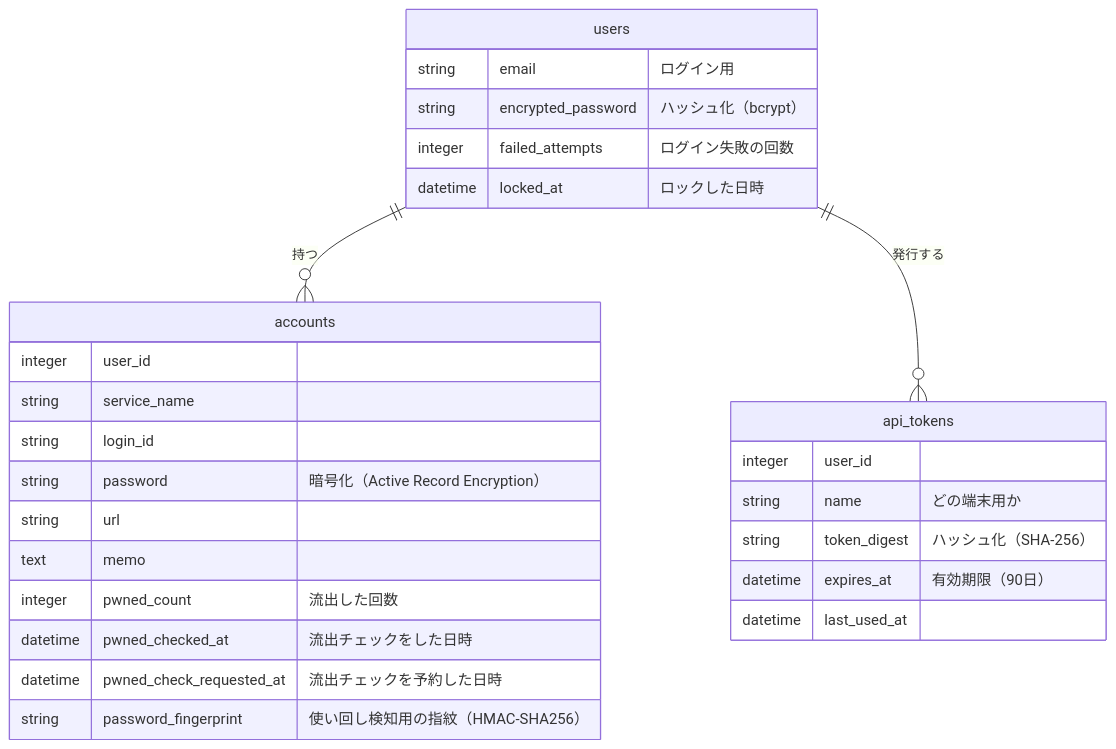
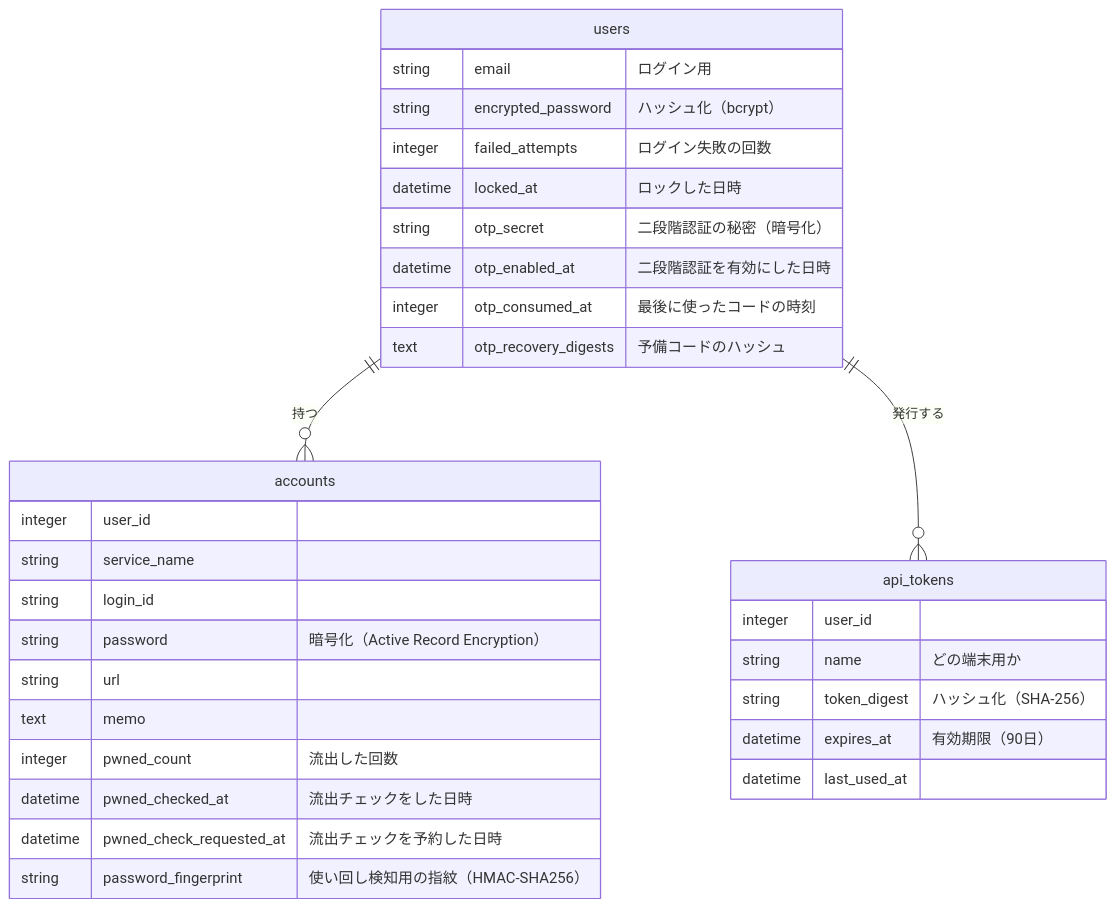
One commit to 310Masahide/password_kanri_app changed the first of 2 diagrams in README.md. Above: the diagram before and after it, drawn with Mermaid. The commit also changed other lines of this file and 19 other files, not shown here.

````diff
--- a/README.md
+++ b/README.md
@@ -62,31 +63,35 @@
 ```mermaid
 erDiagram
   users ||--o{ accounts : "持つ"
   users ||--o{ api_tokens : "発行する"
 
   users {
     string email "ログイン用"
     string encrypted_password "ハッシュ化（bcrypt）"
     integer failed_attempts "ログイン失敗の回数"
     datetime locked_at "ロックした日時"
+    string otp_secret "二段階認証の秘密（暗号化）"
+    datetime otp_enabled_at "二段階認証を有効にした日時"
+    integer otp_consumed_at "最後に使ったコードの時刻"
+    text otp_recovery_digests "予備コードのハッシュ"
   }
   accounts {
     integer user_id
     string service_name
     string login_id
     string password "暗号化（Active Record Encryption）"
     string url
     text memo
     integer pwned_count "流出した回数"
     datetime pwned_checked_at "流出チェックをした日時"
     datetime pwned_check_requested_at "流出チェックを予約した日時"
     string password_fingerprint "使い回し検知用の指紋（HMAC-SHA256）"
   }
   api_tokens {
     integer user_id
     string name "どの端末用か"
     string token_digest "ハッシュ化（SHA-256）"
     datetime expires_at "有効期限（90日）"
     datetime last_used_at
   }
 ```
````
